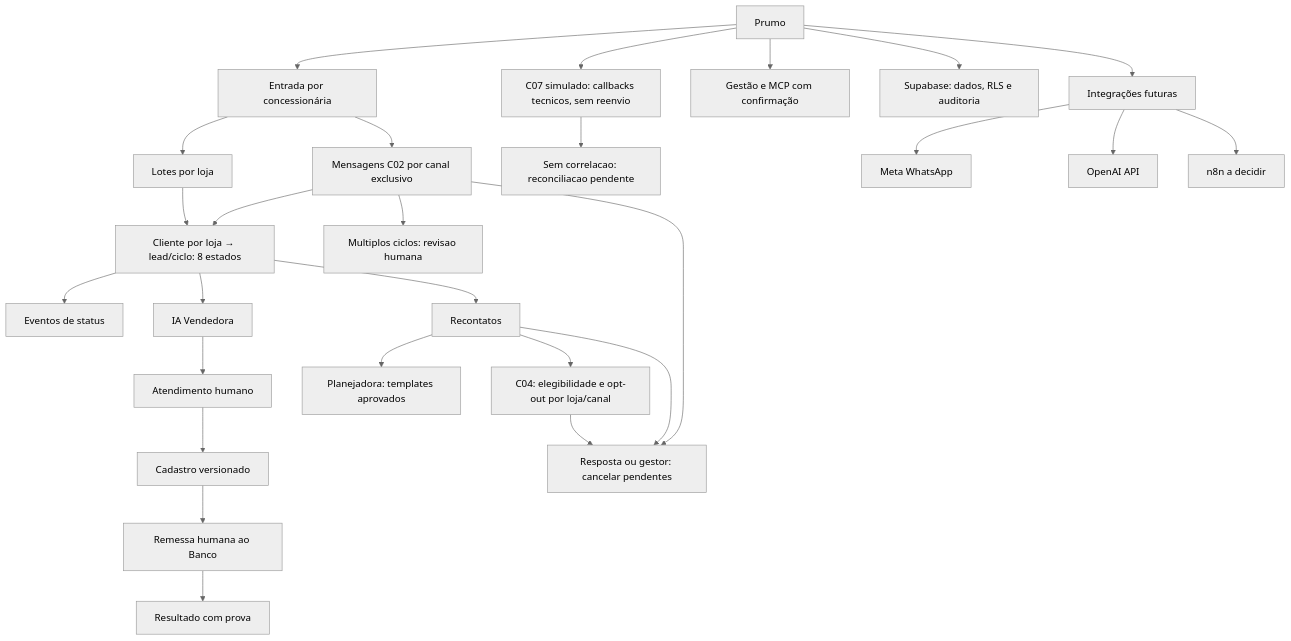
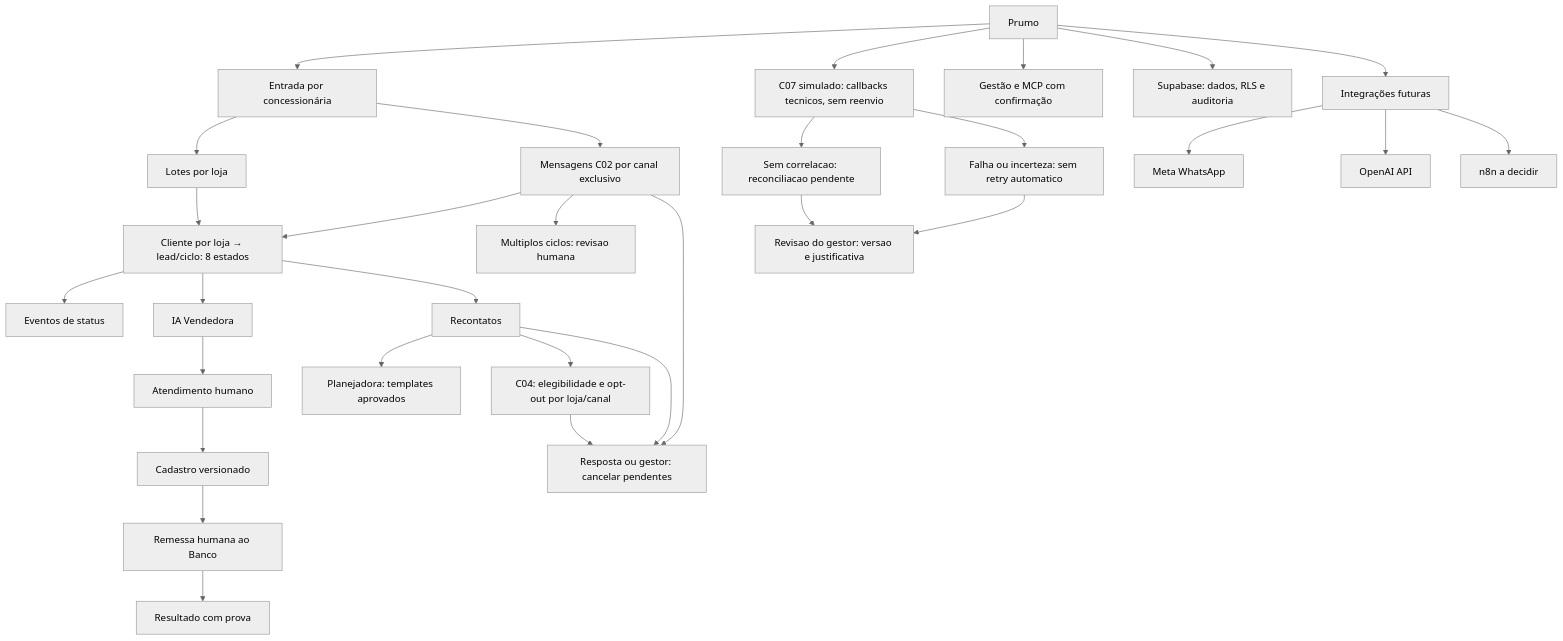
Before and after one commit to prumogrowth/Prumo-Growth-Platform-V2: the diagram in docs/MAPA_MENTAL.md, drawn with Mermaid (neutral theme).

Commit message:
docs(c07): mapa, indice e aceite de reconciliacao de falhas

````diff
--- a/docs/MAPA_MENTAL.md
+++ b/docs/MAPA_MENTAL.md
@@ -3,29 +3,32 @@
 ```mermaid
 flowchart TD
   P[Prumo] --> E[Entrada por concessionária]
   E --> IMP[Lotes por loja]
   E --> INB[Mensagens C02 por canal exclusivo]
   INB --> L
   INB --> PEND[Multiplos ciclos: revisao humana]
   IMP --> L[Cliente por loja → lead/ciclo: 8 estados]
   L --> EV[Eventos de status]
   L --> IA[IA Vendedora]
   IA --> H[Atendimento humano]
   H --> CAD[Cadastro versionado]
   CAD --> BAN[Remessa humana ao Banco]
   BAN --> RES[Resultado com prova]
   L --> REC[Recontatos]
   REC --> PLA[Planejadora: templates aprovados]
   REC --> ELIG[C04: elegibilidade e opt-out por loja/canal]
   ELIG --> CAN
   REC --> CAN[Resposta ou gestor: cancelar pendentes]
   INB --> CAN
   P --> C07[C07 simulado: callbacks tecnicos, sem reenvio]
   C07 --> RC[Sem correlacao: reconciliacao pendente]
+  C07 --> RISK[Falha ou incerteza: sem retry automatico]
+  RC --> GEST[Revisao do gestor: versao e justificativa]
+  RISK --> GEST
   P --> ADM[Gestão e MCP com confirmação]
   P --> DB[Supabase: dados, RLS e auditoria]
   P --> INT[Integrações futuras]
   INT --> WA[Meta WhatsApp]
   INT --> OAI[OpenAI API]
   INT --> N[n8n a decidir]
 ```
````
